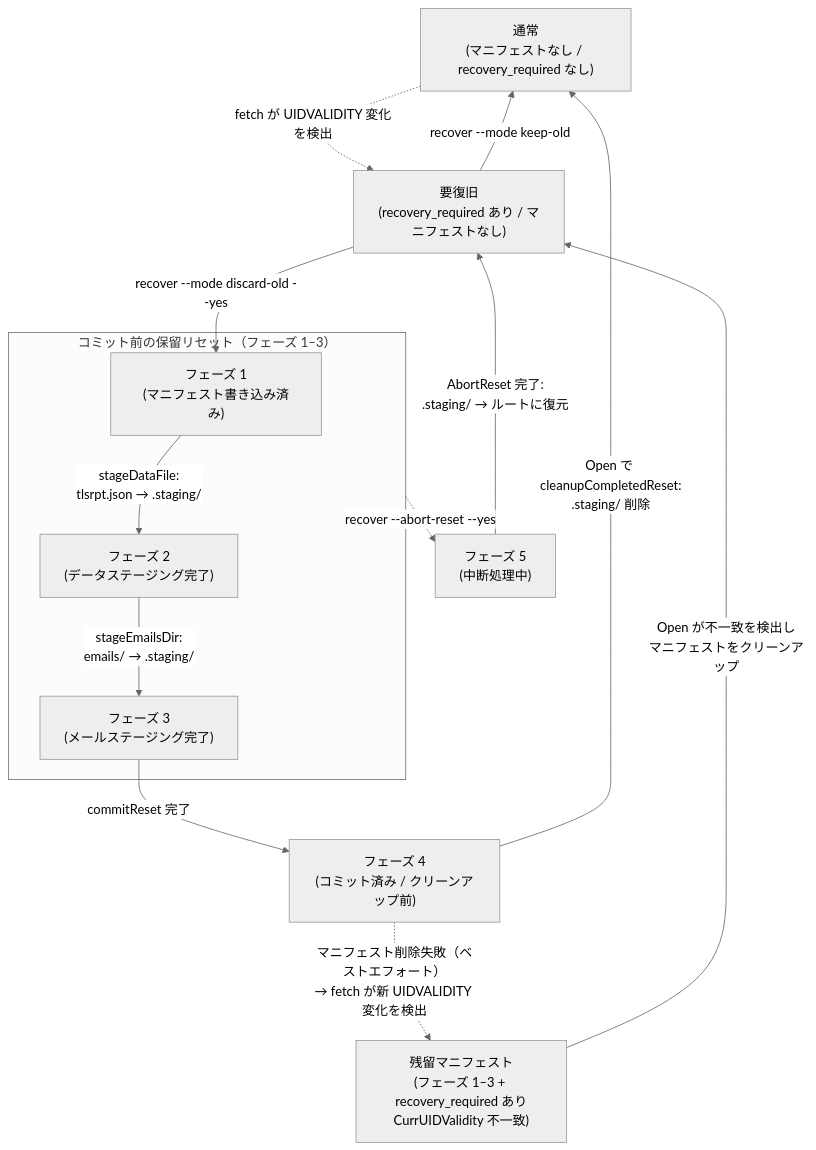
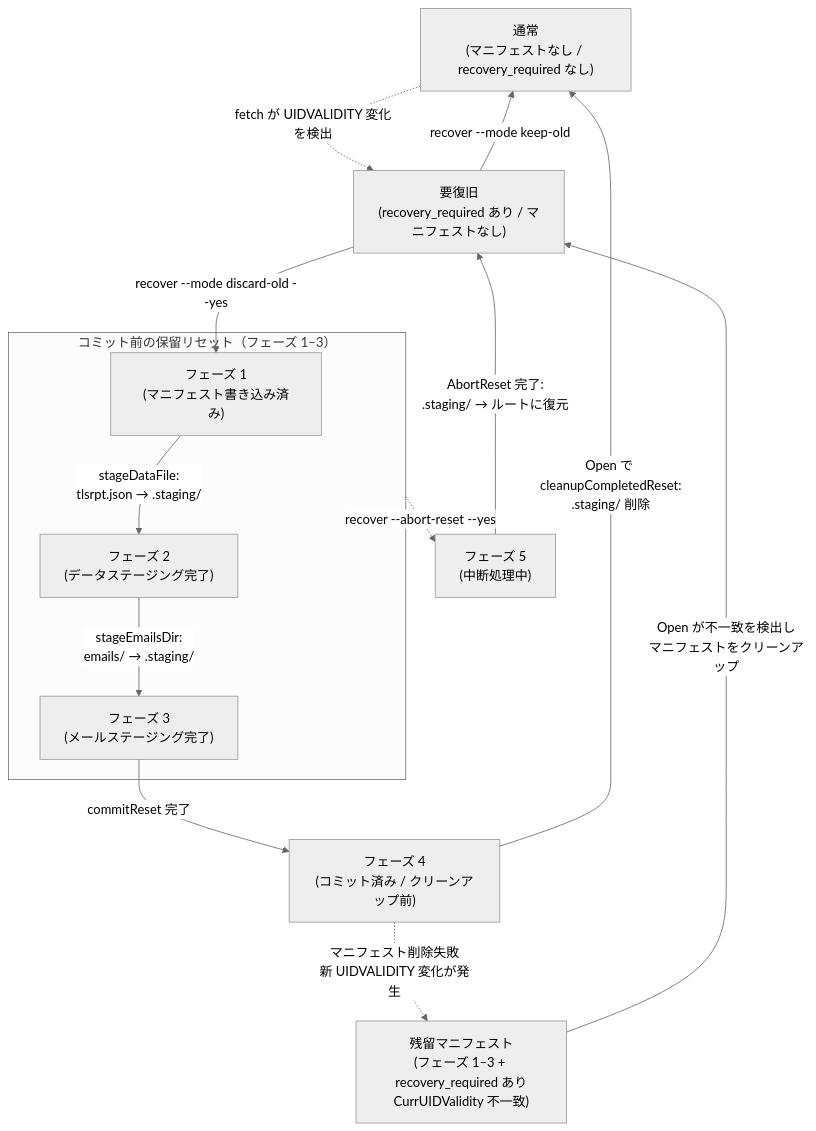
The diagram in docs/dev/adr/0003_reset_phase_design.ja.md (isseis/tlsrpt-digest), drawn with Mermaid (neutral theme) before and after one commit.

Commit message:
docs(adr): fix inconsistent → symbol in state transition diagram label
The label 'マニフェスト削除失敗 → fetch が新 UIDVALIDITY 変化を検出'
used → to mean 'followed by', conflicting with other labels where →
means physical file movement (e.g. 'tlsrpt.json → .staging/').

Replace with two parallel lines without any → connector:
'マニフェスト削除失敗 / 新 UIDVALIDITY 変化が発生'

````diff
--- a/docs/dev/adr/0003_reset_phase_design.ja.md
+++ b/docs/dev/adr/0003_reset_phase_design.ja.md
@@ -89,26 +89,26 @@
 ```mermaid
 flowchart TD
     Normal["通常<br>(マニフェストなし / recovery_required なし)"]
     RR["要復旧<br>(recovery_required あり / マニフェストなし)"]
     P4["フェーズ 4<br>(コミット済み / クリーンアップ前)"]
     P5["フェーズ 5<br>(中断処理中)"]
     StaleM["残留マニフェスト<br>(フェーズ 1–3 + recovery_required あり<br>CurrUIDValidity 不一致)"]
 
     subgraph PendingReset["コミット前の保留リセット（フェーズ 1–3）"]
         P1["フェーズ 1<br>(マニフェスト書き込み済み)"]
         P2["フェーズ 2<br>(データステージング完了)"]
         P3["フェーズ 3<br>(メールステージング完了)"]
     end
 
     Normal -.->|"fetch が UIDVALIDITY 変化を検出"| RR
     RR -->|"recover --mode keep-old"| Normal
     RR -->|"recover --mode discard-old --yes"| P1
     P1 -->|"stageDataFile:<br>tlsrpt.json → .staging/"| P2
     P2 -->|"stageEmailsDir:<br>emails/ → .staging/"| P3
     P3 -->|"commitReset 完了"| P4
-    P4 -.->|"マニフェスト削除失敗（ベストエフォート）<br>→ fetch が新 UIDVALIDITY 変化を検出"| StaleM
+    P4 -.->|"マニフェスト削除失敗<br>新 UIDVALIDITY 変化が発生"| StaleM
     P4 -->|"Open で cleanupCompletedReset:<br>.staging/ 削除"| Normal
     StaleM -->|"Open が不一致を検出し<br>マニフェストをクリーンアップ"| RR
     PendingReset -.->|"recover --abort-reset --yes"| P5
     P5 -->|"AbortReset 完了:<br>.staging/ → ルートに復元"| RR
 ```
````
